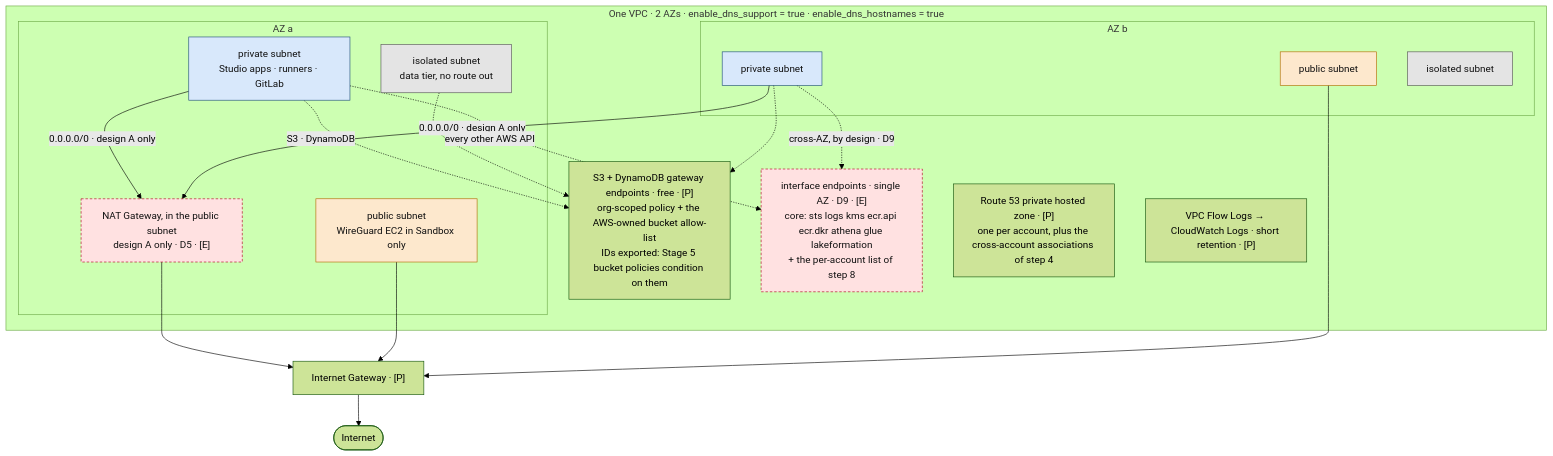
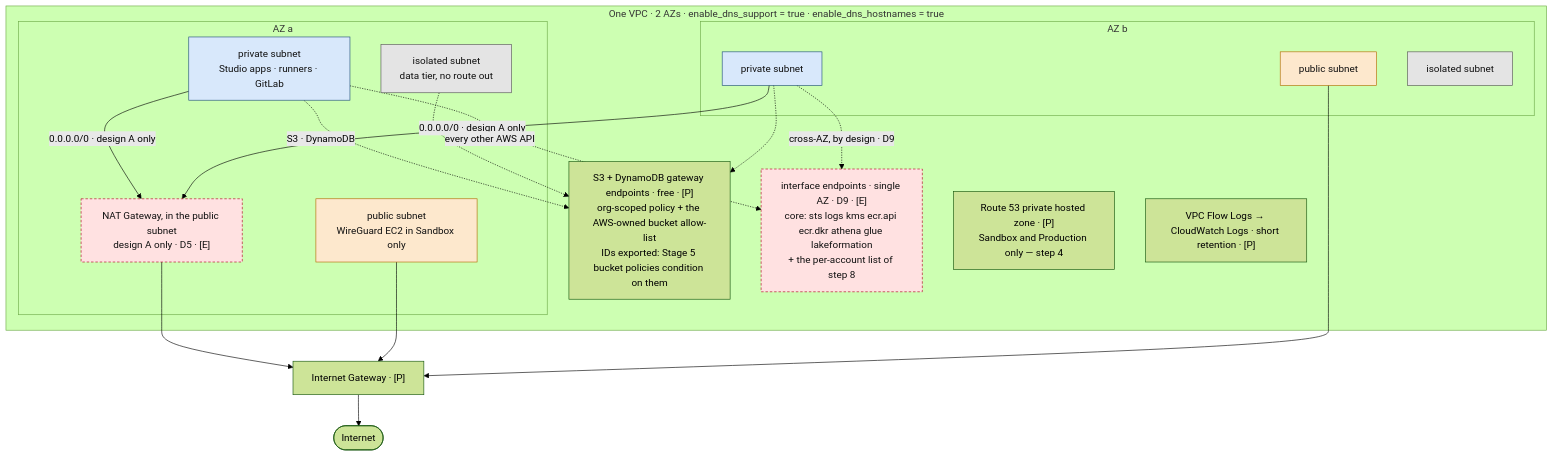
The second of 3 diagrams in plan/stages/stage-03-networking.md (felipenoris/AWS-DataScience), drawn with Mermaid (forest theme) before and after one commit. The commit also changed other lines of this file and 3 other files, not shown here.

````diff
--- a/plan/stages/stage-03-networking.md
+++ b/plan/stages/stage-03-networking.md
@@ -89,44 +119,44 @@
 ```mermaid
 flowchart TB
     NET(["Internet"])
     IGW["Internet Gateway · [P]"]
 
     subgraph VPC["One VPC · 2 AZs · enable_dns_support = true · enable_dns_hostnames = true"]
         subgraph AZA["AZ a"]
             PUBA["public subnet<br/>WireGuard EC2 in Sandbox only"]
             NAT["NAT Gateway, in the public subnet<br/>design A only · D5 · [E]"]
             PRIA["private subnet<br/>Studio apps · runners · GitLab"]
             ISOA["isolated subnet<br/>data tier, no route out"]
         end
         subgraph AZB["AZ b"]
             PUBB["public subnet"]
             PRIB["private subnet"]
             ISOB["isolated subnet"]
         end
         GWEP["S3 + DynamoDB gateway endpoints · free · [P]<br/>org-scoped policy + the AWS-owned bucket allow-list<br/>IDs exported: Stage 5 bucket policies condition on them"]
         IFEP["interface endpoints · single AZ · D9 · [E]<br/>core: sts logs kms ecr.api ecr.dkr athena glue lakeformation<br/>+ the per-account list of step 8"]
-        PHZ["Route 53 private hosted zone · [P]<br/>one per account, plus the cross-account associations of step 4"]
+        PHZ["Route 53 private hosted zone · [P]<br/>Sandbox and Production only — step 4"]
         FLOW["VPC Flow Logs → CloudWatch Logs · short retention · [P]"]
     end
 
     PRIA -->|"0.0.0.0/0 · design A only"| NAT
     PRIB -->|"0.0.0.0/0 · design A only"| NAT
     NAT --> IGW
     PUBA --> IGW
     PUBB --> IGW
     IGW --> NET
     PRIA -.->|"S3 · DynamoDB"| GWEP
     ISOA -.-> GWEP
     PRIB -.-> GWEP
     PRIA -.->|"every other AWS API"| IFEP
     PRIB -.->|"cross-AZ, by design · D9"| IFEP
 
     classDef pub fill:#fde8cd,stroke:#b26a00,color:#111;
     classDef priv fill:#d8e8fb,stroke:#1f4e79,color:#111;
     classDef iso fill:#e4e4e4,stroke:#555555,color:#111;
     classDef eph fill:#ffe1e1,stroke:#b00020,color:#111,stroke-dasharray: 4 3;
     class PUBA,PUBB pub;
     class PRIA,PRIB priv;
     class ISOA,ISOB iso;
     class NAT,IFEP eph;
 ```
````
